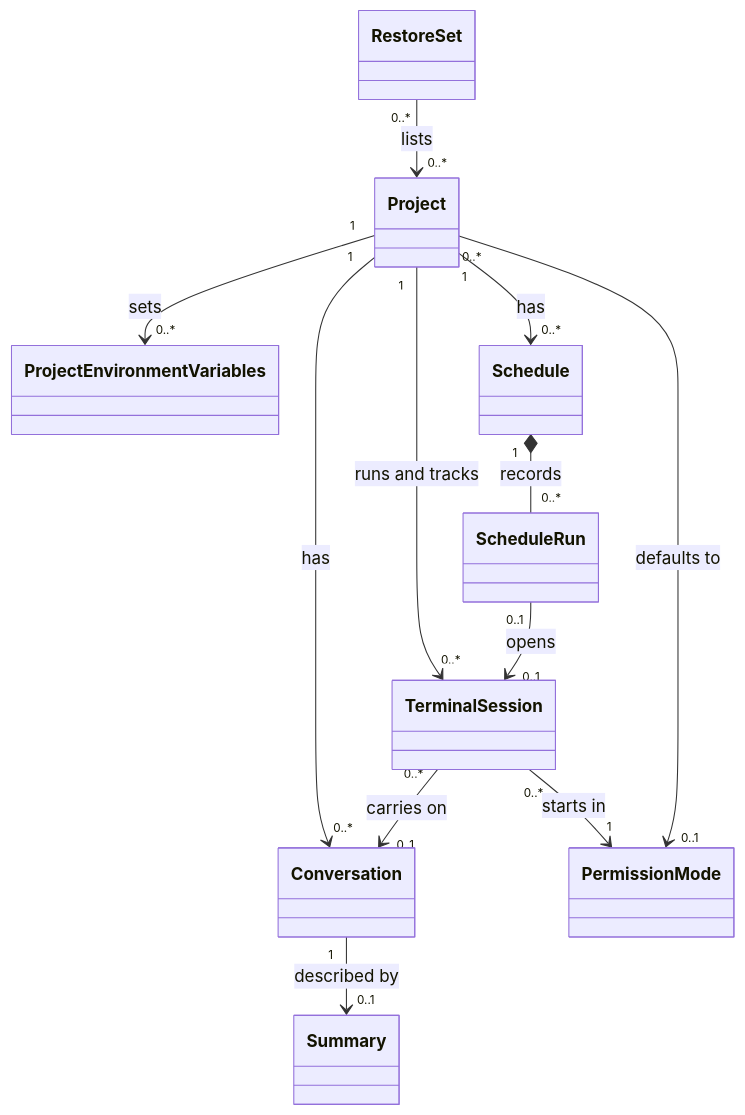
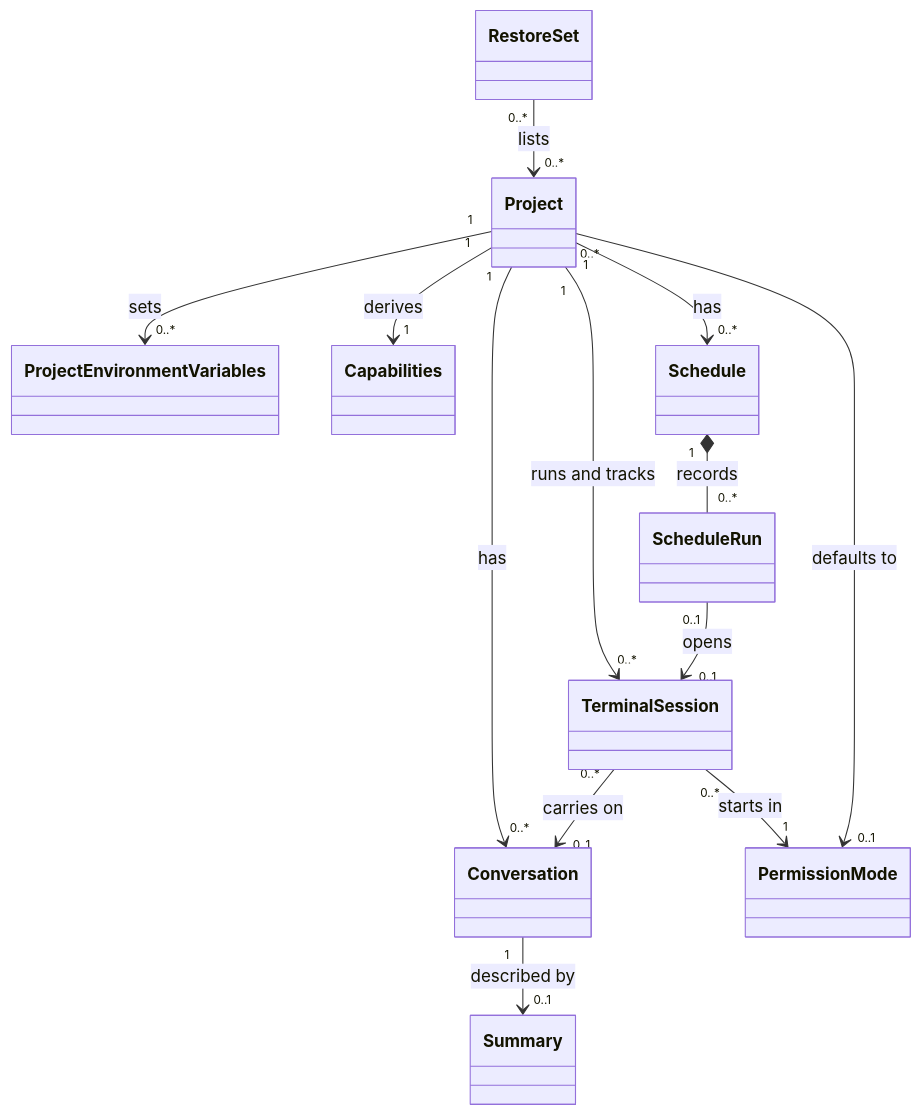
Before and after one commit to mcoquet/cockpit: the diagram in docs/domain-model.md, drawn with Mermaid. The commit also changed other lines of this file and 5 other files, not shown here.

First line of the commit message:
docs: project capabilities design and living docs (#14, #12)

````diff
--- a/docs/domain-model.md
+++ b/docs/domain-model.md
@@ -9,15 +9,16 @@
 ```mermaid
 classDiagram
   %% See docs/adr/0002-project-identity-is-home-relative-path.md
   Project "1" --> "0..*" TerminalSession : runs and tracks
   Project "1" --> "0..*" Conversation : has
   TerminalSession "0..*" --> "0..1" Conversation : carries on
   Conversation "1" --> "0..1" Summary : described by
   TerminalSession "0..*" --> "1" PermissionMode : starts in
   Project "0..*" --> "0..1" PermissionMode : defaults to
   Project "1" --> "0..*" ProjectEnvironmentVariables : sets
+  Project "1" --> "1" Capabilities : derives
   Project "1" --> "0..*" Schedule : has
   Schedule "1" *-- "0..*" ScheduleRun : records
   ScheduleRun "0..1" --> "0..1" TerminalSession : opens
   RestoreSet "0..*" --> "0..*" Project : lists
 ```
````
